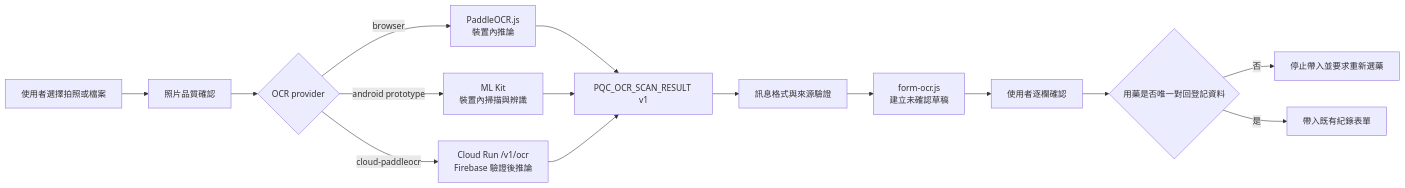
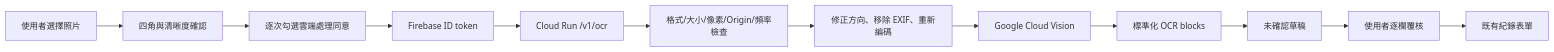
One commit to xiao68738-hash/searchbefore changed the diagram in docs/OCR系統規格與架構書.md. Above: the diagram before and after it, drawn with Mermaid. The commit also changed other lines of this file and 35 other files, not shown here.

First line of the commit message:
改用 Google Cloud Vision 並加入 OCR 測試驗證碼閘門 (#116)

````diff
--- a/docs/OCR系統規格與架構書.md
+++ b/docs/OCR系統規格與架構書.md
@@ -50,17 +23,14 @@
 ```mermaid
 flowchart LR
-  U["使用者選擇拍照或檔案"] --> Q["照片品質確認"]
-  Q --> P{"OCR provider"}
-  P -->|browser| B["PaddleOCR.js\n裝置內推論"]
-  P -->|android prototype| A["ML Kit\n裝置內掃描與辨識"]
-  P -->|cloud-paddleocr| C["Cloud Run /v1/ocr\nFirebase 驗證後推論"]
-  B --> R["PQC_OCR_SCAN_RESULT v1"]
-  A --> R
-  C --> R
-  R --> V["訊息格式與來源驗證"]
-  V --> D["form-ocr.js\n建立未確認草稿"]
-  D --> H["使用者逐欄確認"]
-  H --> M{"用藥是否唯一對回登記資料"}
-  M -->|否| X["停止帶入並要求重新選藥"]
-  M -->|是| F["帶入既有紀錄表單"]
+  U[使用者選擇照片] --> Q[四角與清晰度確認]
+  Q --> C[逐次勾選雲端處理同意]
+  C --> A[Firebase ID token]
+  A --> R[Cloud Run /v1/ocr]
+  R --> V[格式/大小/像素/Origin/頻率檢查]
+  V --> X[修正方向、移除 EXIF、重新編碼]
+  X --> G[Google Cloud Vision]
+  G --> N[標準化 OCR blocks]
+  N --> D[未確認草稿]
+  D --> H[使用者逐欄覆核]
+  H --> S[既有紀錄表單]
 ```
````
